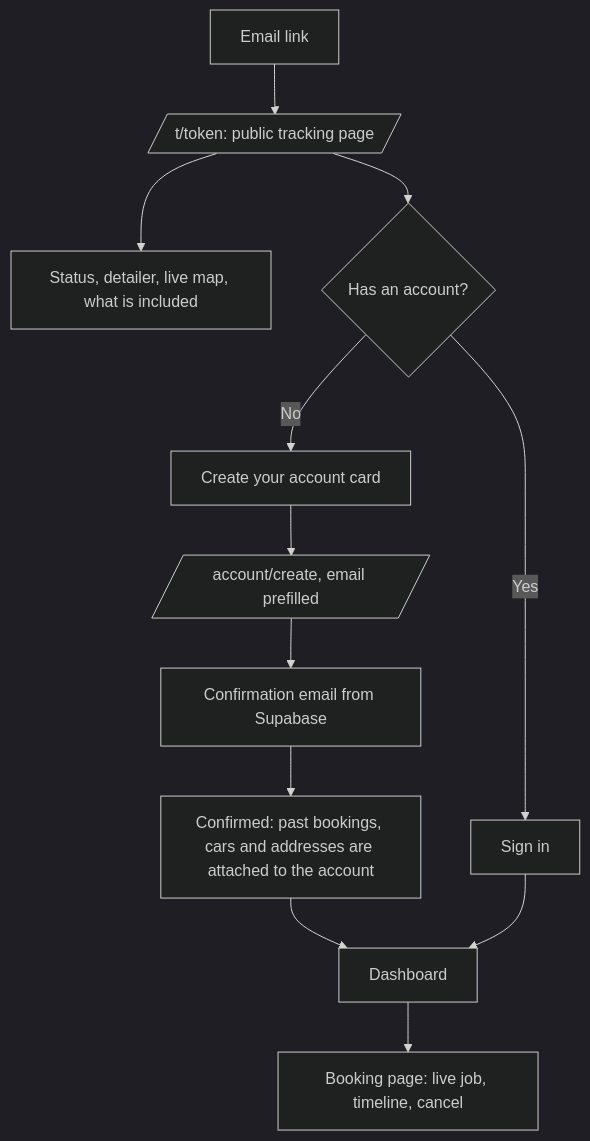
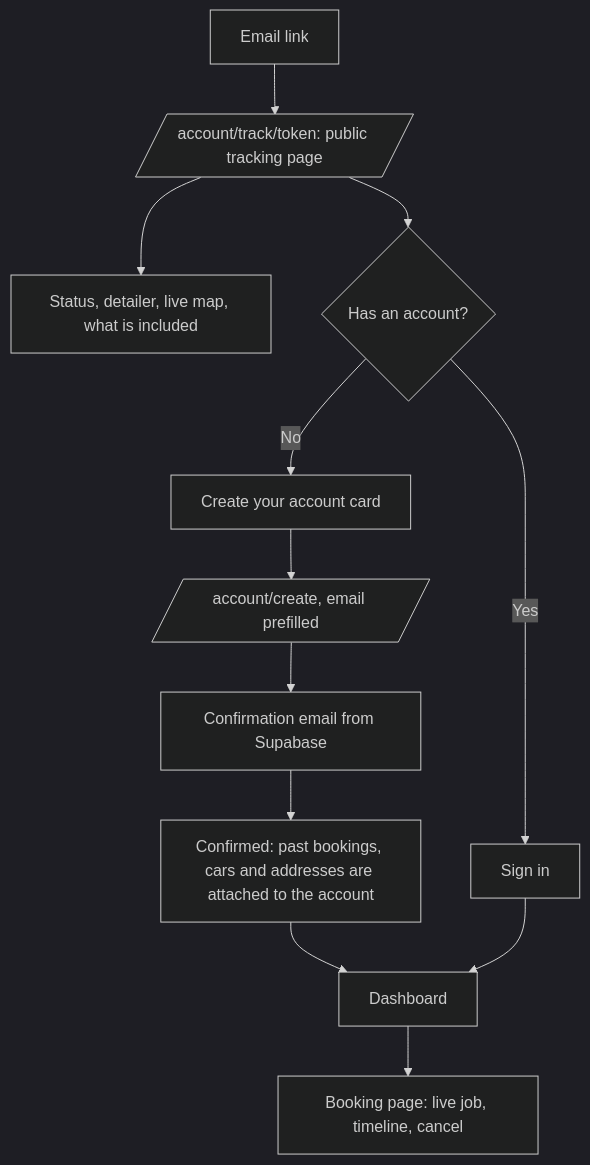
The fourth of 7 diagrams in docs/WORKFLOWS.md (AbuFitz/TruetoDetailjobsystem), drawn with Mermaid (dark theme) before and after one commit. The commit also changed other lines of this file and 15 other files, not shown here.

````diff
--- a/docs/WORKFLOWS.md
+++ b/docs/WORKFLOWS.md
@@ -68,14 +68,14 @@
 ```mermaid
 flowchart TD
-  M[Email link] --> T[/t/token: public tracking page/]
+  M[Email link] --> T[/account/track/token: public tracking page/]
   T --> V[Status, detailer, live map, what is included]
   T --> N{Has an account?}
   N -->|No| CA[Create your account card]
   CA --> SU[/account/create, email prefilled/]
   SU --> CF[Confirmation email from Supabase]
   CF --> CL[Confirmed: past bookings, cars and addresses are attached to the account]
   N -->|Yes| SI[Sign in]
   CL --> D[Dashboard]
   SI --> D
   D --> DB[Booking page: live job, timeline, cancel]
 ```
````
